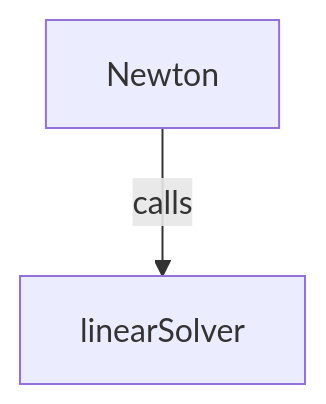
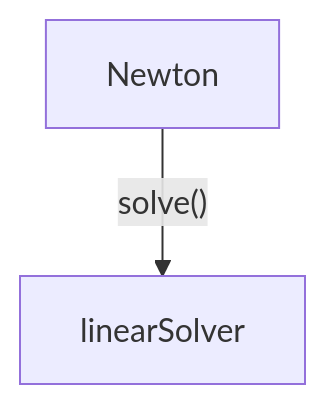
The diagram in doc/highlevel/classes/linearsolver.md (dumux/dumux), drawn with Mermaid before and after one commit.

Commit message:
Could this link work? I have no idea how to check it

````diff
--- a/doc/highlevel/classes/linearsolver.md
+++ b/doc/highlevel/classes/linearsolver.md
@@ -14,4 +14,4 @@
 ```mermaid
 flowchart TD
-    A[Newton] -->|calls| B[linearSolver]
+    A[Newton] -->|"solve()"| B[linearSolver]
 ```
````
